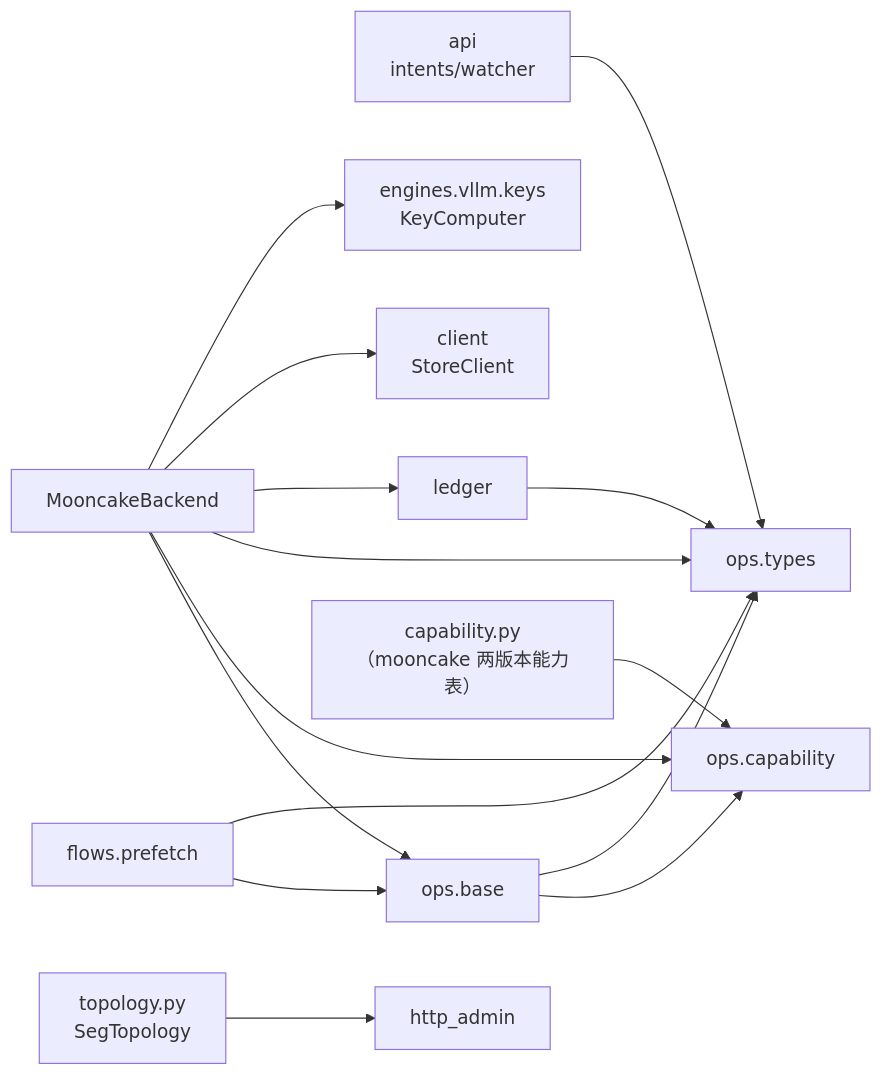
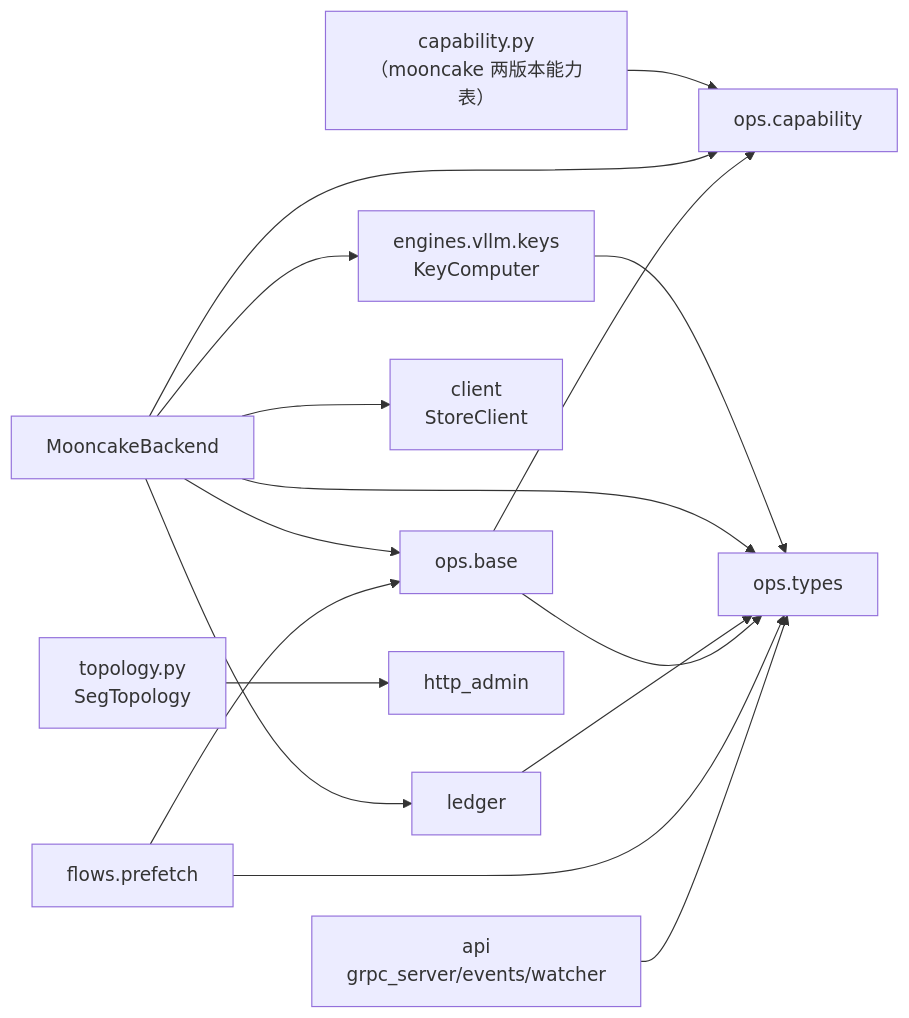
Before and after one commit to 5x8-40/lake: the second of 7 diagrams in kvcm/design/code-architecture.md, drawn with Mermaid. The commit also changed other lines of this file and 35 other files, not shown here.

````diff
--- a/kvcm/design/code-architecture.md
+++ b/kvcm/design/code-architecture.md
@@ -92,17 +93,18 @@
 ```mermaid
 flowchart LR
-  Api["api<br/>intents/watcher"] --> Types
+  Api["api<br/>grpc_server/events/watcher"] --> Types
   Flow["flows.prefetch"] --> Base["ops.base"]
   Flow --> Types["ops.types"]
   Base --> OCap["ops.capability"]
   Base --> Types
   Led["ledger"] --> Types
   BE["MooncakeBackend"] --> Base
   BE --> OCap
   BE --> Types
   BE --> Led
   BE --> SC["client<br/>StoreClient"]
   BE --> KC["engines.vllm.keys<br/>KeyComputer"]
+  KC --> Types
   McCap["capability.py<br/>（mooncake 两版本能力表）"] --> OCap
   Seg["topology.py<br/>SegTopology"] --> Http["http_admin"]
 ```
````
